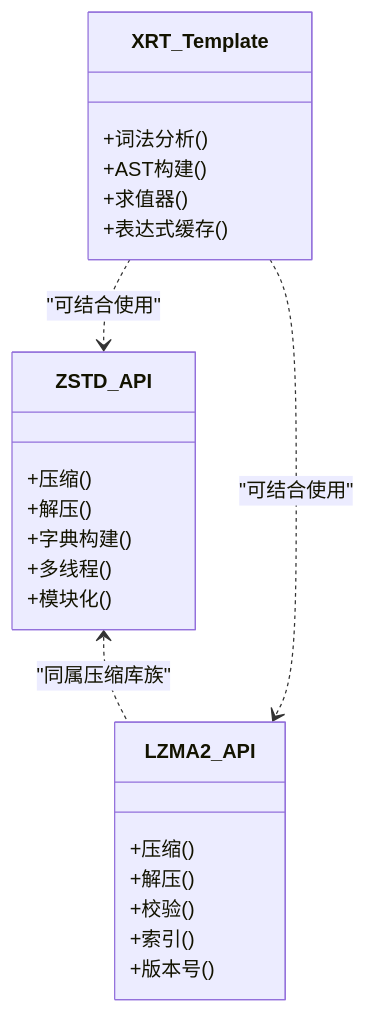
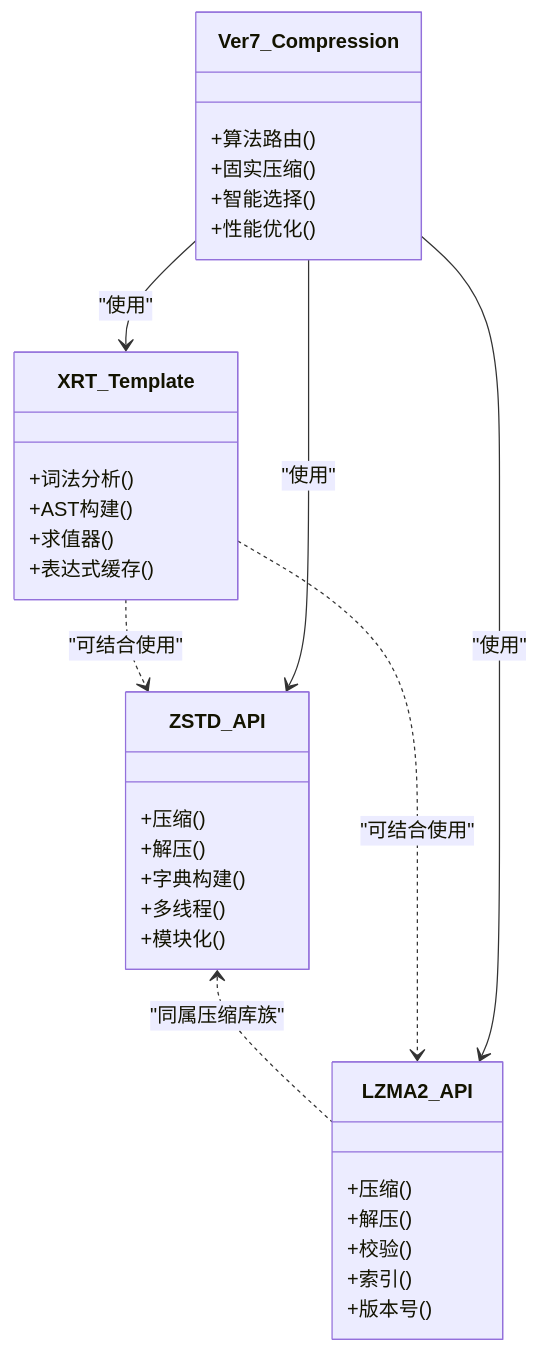
The eighth of 9 diagrams in .qoder/repowiki/zh/content/开发者指南/开发者指南.md (xywhsoft/xpack), drawn with Mermaid before and after one commit. The commit also changed other lines of this file and 23 other files, not shown here.

````diff
--- a/.qoder/repowiki/zh/content/开发者指南/开发者指南.md
+++ b/.qoder/repowiki/zh/content/开发者指南/开发者指南.md
@@ -239,26 +315,35 @@
 ```mermaid
 classDiagram
 class ZSTD_API {
 +压缩()
 +解压()
 +字典构建()
 +多线程()
 +模块化()
 }
 class LZMA2_API {
 +压缩()
 +解压()
 +校验()
 +索引()
 +版本号()
 }
 class XRT_Template {
 +词法分析()
 +AST构建()
 +求值器()
 +表达式缓存()
 }
+class Ver7_Compression {
++算法路由()
++固实压缩()
++智能选择()
++性能优化()
+}
 ZSTD_API <.. LZMA2_API : "同属压缩库族"
 XRT_Template ..> ZSTD_API : "可结合使用"
 XRT_Template ..> LZMA2_API : "可结合使用"
+Ver7_Compression --> ZSTD_API : "使用"
+Ver7_Compression --> LZMA2_API : "使用"
+Ver7_Compression --> XRT_Template : "使用"
 ```
````
